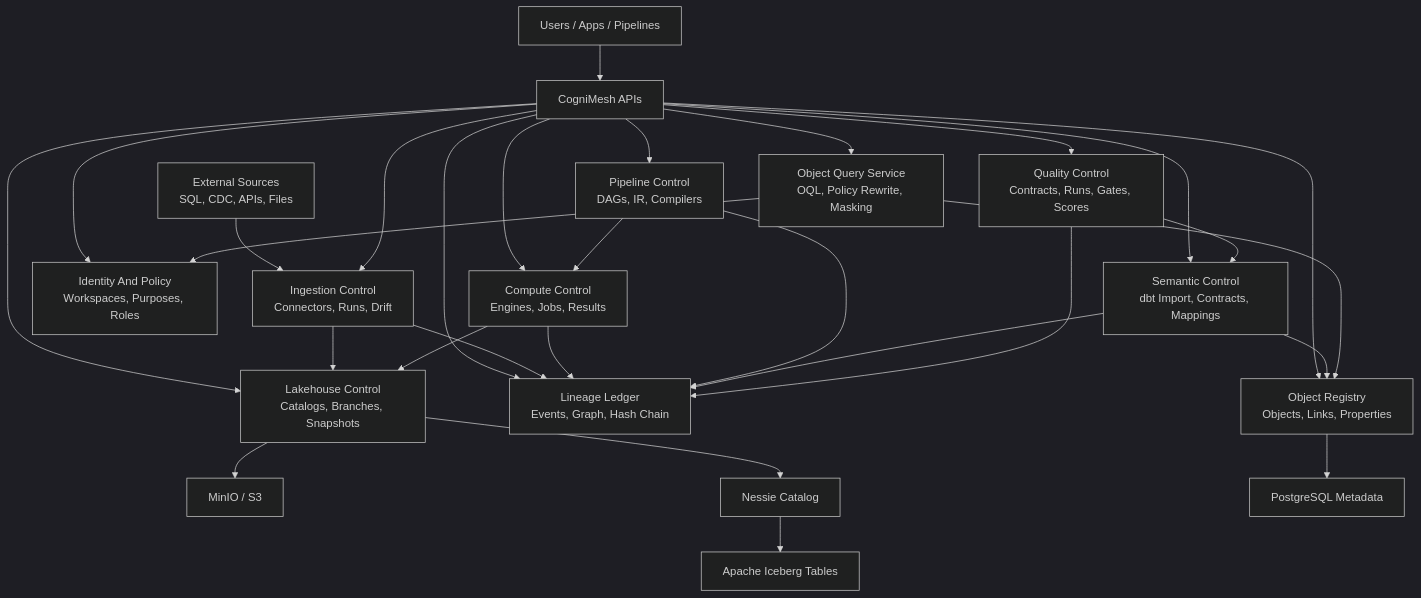
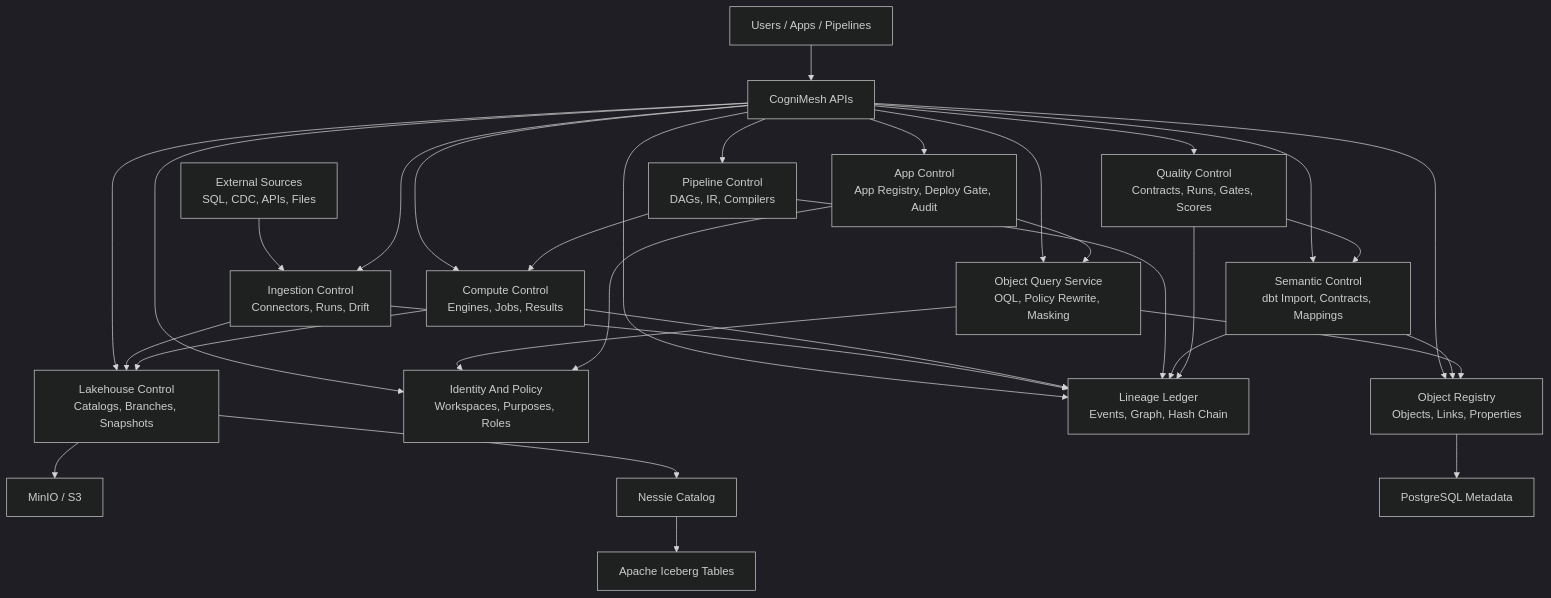
The diagram in README.md (MaramHarsha/CogniMesh), drawn with Mermaid (dark theme) before and after one commit. The commit also changed other lines of this file and 36 other files, not shown here.

First line of the commit message:
feat(app-control): implement module 13 for low-code app builder integration

````diff
--- a/README.md
+++ b/README.md
@@ -44,31 +45,34 @@
 ```mermaid
 flowchart TB
   U["Users / Apps / Pipelines"] --> API["CogniMesh APIs"]
   SRC["External Sources\nSQL, CDC, APIs, Files"] --> ING["Ingestion Control\nConnectors, Runs, Drift"]
   API --> OBJ["Object Registry\nObjects, Links, Properties"]
   API --> ID["Identity And Policy\nWorkspaces, Purposes, Roles"]
   API --> LIN["Lineage Ledger\nEvents, Graph, Hash Chain"]
   API --> ING
   API --> CMP["Compute Control\nEngines, Jobs, Results"]
   API --> PIPE["Pipeline Control\nDAGs, IR, Compilers"]
   API --> SEM["Semantic Control\ndbt Import, Contracts, Mappings"]
   API --> OQS["Object Query Service\nOQL, Policy Rewrite, Masking"]
   API --> QC["Quality Control\nContracts, Runs, Gates, Scores"]
+  API --> APP["App Control\nApp Registry, Deploy Gate, Audit"]
   API --> LAKE["Lakehouse Control\nCatalogs, Branches, Snapshots"]
   ING --> LIN
   ING --> LAKE
   CMP --> LIN
   CMP --> LAKE
   PIPE --> CMP
   PIPE --> LIN
   SEM --> OBJ
   SEM --> LIN
   OQS --> OBJ
   OQS --> ID
   QC --> SEM
   QC --> LIN
+  APP --> OQS
+  APP --> ID
   LAKE --> MINIO["MinIO / S3"]
   LAKE --> NESSIE["Nessie Catalog"]
   NESSIE --> ICE["Apache Iceberg Tables"]
   OBJ --> PG["PostgreSQL Metadata"]
 ```
````
